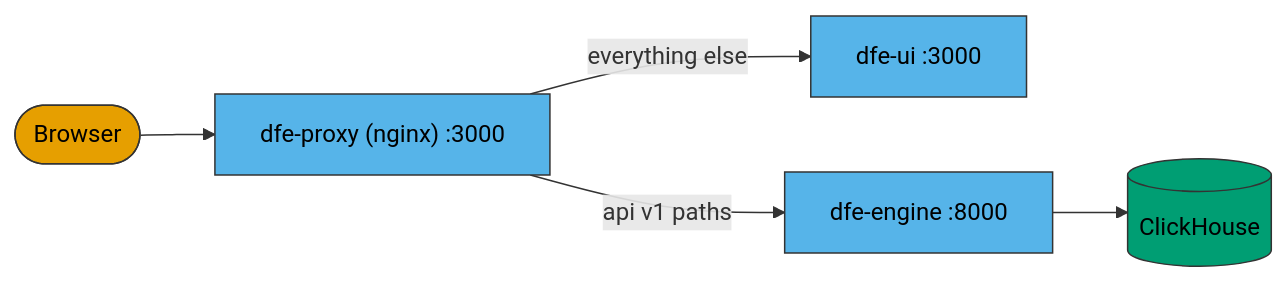
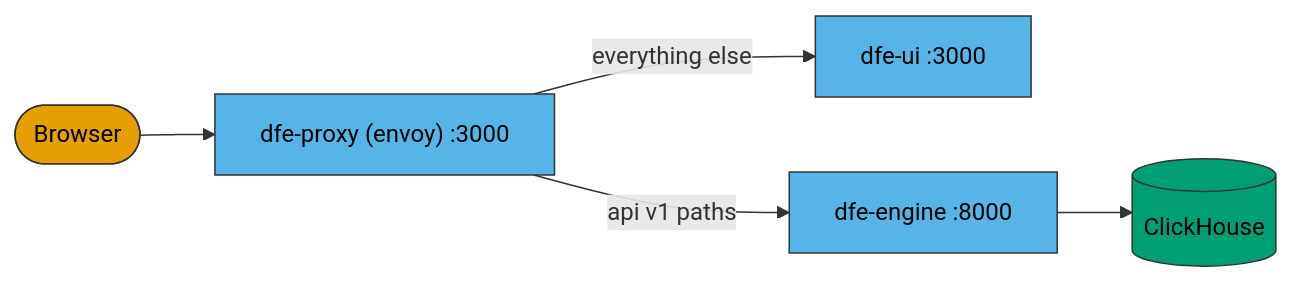
One commit to hyperi-io/dfe-docker changed the second of 4 diagrams in ARCHITECTURE.md. Above: the diagram before and after it, drawn with Mermaid. The commit also changed other lines of this file and 6 other files, not shown here.

First line of the commit message:
fix(proxy): swap nginx for envoy as the stack entrypoint

````diff
--- a/ARCHITECTURE.md
+++ b/ARCHITECTURE.md
@@ -86,17 +86,17 @@
 ```mermaid
 flowchart LR
     classDef ext fill:#E69F00,stroke:#333333,color:#000000
     classDef dfe fill:#56B4E9,stroke:#333333,color:#000000
     classDef store fill:#009E73,stroke:#333333,color:#000000
 
     user(["Browser"]):::ext
-    proxy["dfe-proxy (nginx) :3000"]:::dfe
+    proxy["dfe-proxy (envoy) :3000"]:::dfe
     ui["dfe-ui :3000"]:::dfe
     engine["dfe-engine :8000"]:::dfe
     ch[(ClickHouse)]:::store
 
     user --> proxy
     proxy -->|api v1 paths| engine
     proxy -->|everything else| ui
     engine --> ch
 ```
````
